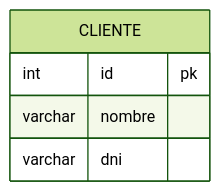
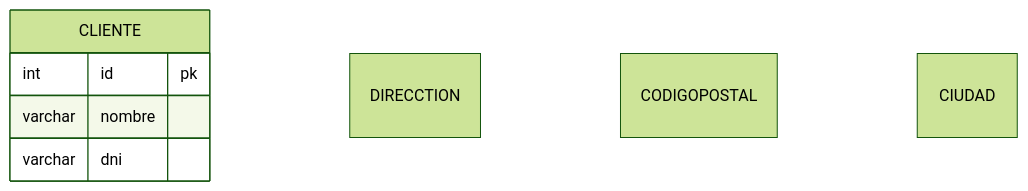
The diagram in 01 Apuntes/DAM/Proyecto intermodular 2 de Desarrollo de aplicaciones multiplataforma/Inicio.md (pedroporo/apuntesclase), drawn with Mermaid (forest theme) before and after one commit.

Commit message:
vault backup: 2025-09-25 17:15:32

````diff
--- a/01 Apuntes/DAM/Proyecto intermodular 2 de Desarrollo de aplicaciones multiplataforma/Inicio.md
+++ b/01 Apuntes/DAM/Proyecto intermodular 2 de Desarrollo de aplicaciones multiplataforma/Inicio.md
@@ -5,11 +5,17 @@
 ```mermaid
 erDiagram
 
 CLIENTE{
 	int id pk
 	varchar nombre
 	varchar dni
 }
+DIRECCTION{
+}
 
+CODIGOPOSTAL{
+}
+CIUDAD{
+}
 
 ```
````
